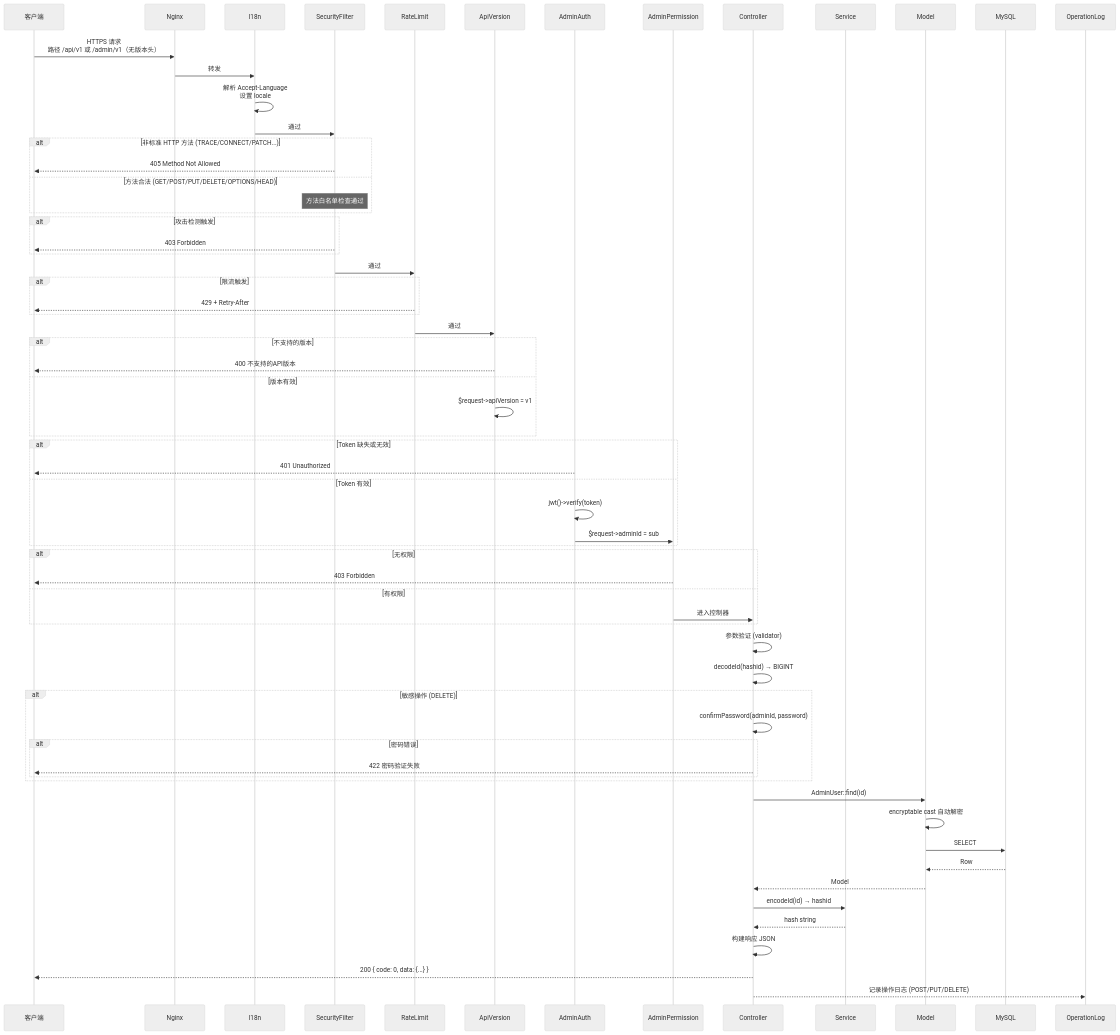
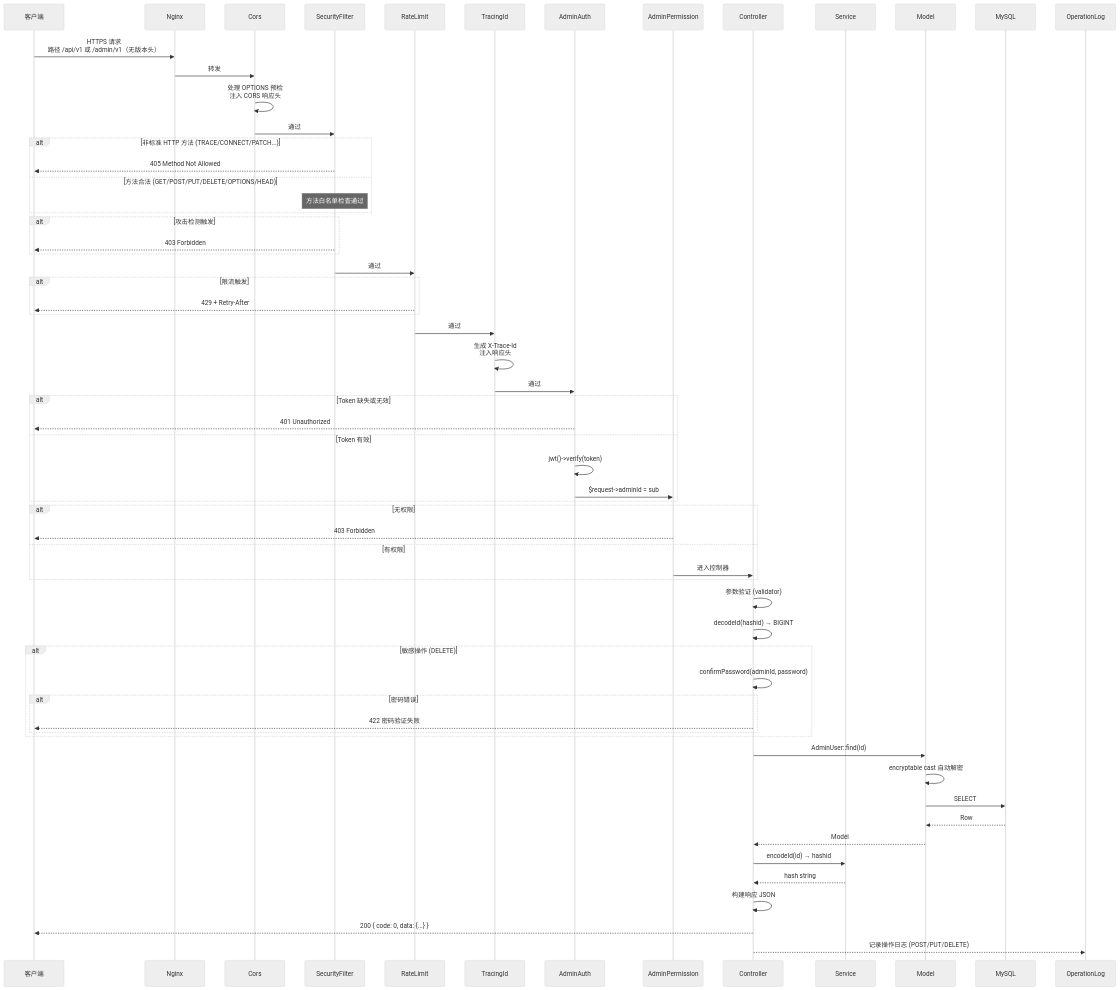
Before and after one commit to erikwang2013/erp-php: the third of 20 diagrams in docs/ARCHITECTURE.md, drawn with Mermaid (neutral theme). The commit also changed other lines of this file and 325 other files, not shown here.

````diff
--- a/docs/ARCHITECTURE.md
+++ b/docs/ARCHITECTURE.md
@@ -178,81 +180,77 @@
 ```mermaid
 sequenceDiagram
     participant C as 客户端
     participant N as Nginx
-    participant MW_LOC as I18n
+    participant MW_CR as Cors
     participant MW_SF as SecurityFilter
     participant MW_RL as RateLimit
-    participant MW0 as ApiVersion
+    participant MW_TID as TracingId
     participant MW1 as AdminAuth
     participant MW2 as AdminPermission
     participant CTL as Controller
     participant SVC as Service
     participant MDL as Model
     participant DB as MySQL
     participant OPLOG as OperationLog
 
     C->>N: HTTPS 请求<br/>路径 /api/v1 或 /admin/v1（无版本头）
-    N->>MW_LOC: 转发
-    MW_LOC->>MW_LOC: 解析 Accept-Language<br/>设置 locale
-    MW_LOC->>MW_SF: 通过
+    N->>MW_CR: 转发
+    MW_CR->>MW_CR: 处理 OPTIONS 预检<br/>注入 CORS 响应头
+    MW_CR->>MW_SF: 通过
 
     alt 非标准 HTTP 方法 (TRACE/CONNECT/PATCH...)
         MW_SF-->>C: 405 Method Not Allowed
     else 方法合法 (GET/POST/PUT/DELETE/OPTIONS/HEAD)
         Note over MW_SF: 方法白名单检查通过
     end
 
     alt 攻击检测触发
         MW_SF-->>C: 403 Forbidden
     end
 
     MW_SF->>MW_RL: 通过
 
     alt 限流触发
         MW_RL-->>C: 429 + Retry-After
     end
 
-    MW_RL->>MW0: 通过
-
-    alt 不支持的版本
-        MW0-->>C: 400 不支持的API版本
-    else 版本有效
-        MW0->>MW0: $request->apiVersion = v1
-    end
+    MW_RL->>MW_TID: 通过
+    MW_TID->>MW_TID: 生成 X-Trace-Id<br/>注入响应头
+    MW_TID->>MW1: 通过
 
     alt Token 缺失或无效
         MW1-->>C: 401 Unauthorized
     else Token 有效
         MW1->>MW1: jwt()->verify(token)
         MW1->>MW2: $request->adminId = sub
     end
 
     alt 无权限
         MW2-->>C: 403 Forbidden
     else 有权限
         MW2->>CTL: 进入控制器
     end
 
     CTL->>CTL: 参数验证 (validator)
     CTL->>CTL: decodeId(hashid) → BIGINT
 
     alt 敏感操作 (DELETE)
         CTL->>CTL: confirmPassword(adminId, password)
         alt 密码错误
             CTL-->>C: 422 密码验证失败
         end
     end
 
     CTL->>MDL: AdminUser::find(id)
     MDL->>MDL: encryptable cast 自动解密
     MDL->>DB: SELECT
     DB-->>MDL: Row
     MDL-->>CTL: Model
 
     CTL->>SVC: encodeId(id) → hashid
     SVC-->>CTL: hash string
 
     CTL->>CTL: 构建响应 JSON
     CTL-->>C: 200 { code: 0, data: {...} }
     CTL-->>OPLOG: 记录操作日志 (POST/PUT/DELETE)
 ```
````
